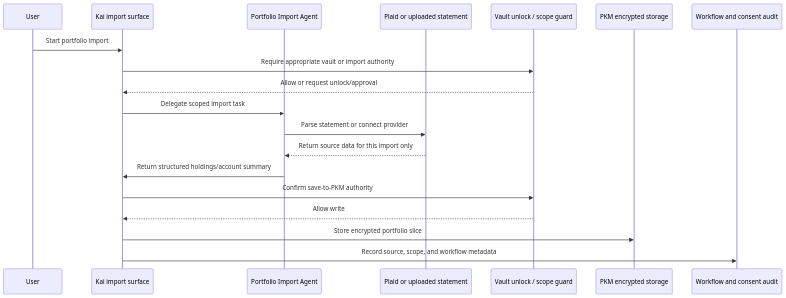
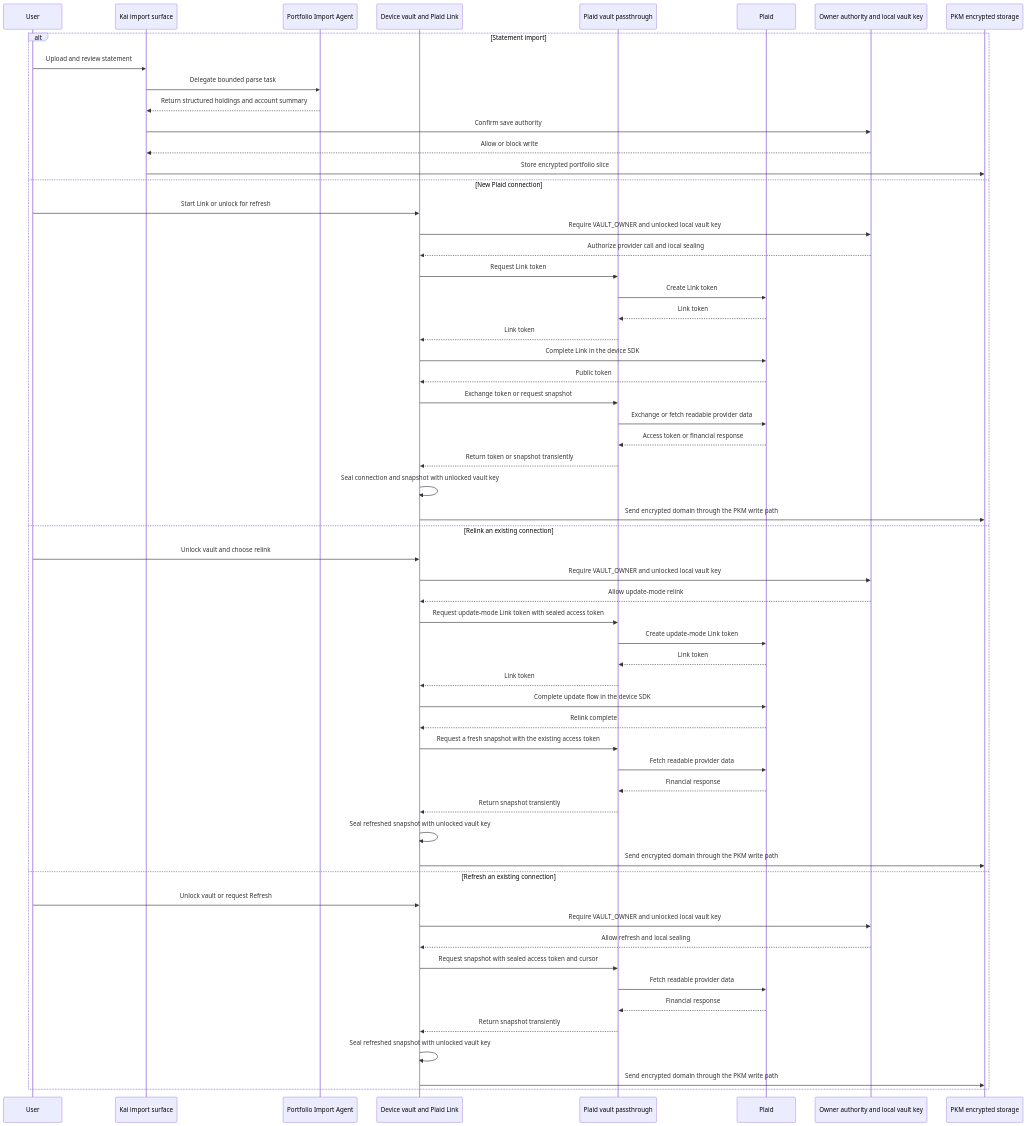
The eighth of 11 diagrams in docs/reference/architecture/architecture-view-catalog.md (hushh-labs/hushh-research), drawn with Mermaid before and after one commit. The commit also changed other lines of this file and 22 other files, not shown here.

Commit message:
docs: preserve ADK runtime and Plaid audit before integration

````diff
--- a/docs/reference/architecture/architecture-view-catalog.md
+++ b/docs/reference/architecture/architecture-view-catalog.md
@@ -366,22 +366,62 @@
 ```mermaid
 sequenceDiagram
   participant User as User
   participant Kai as Kai import surface
   participant Import as Portfolio Import Agent
-  participant Provider as Plaid or uploaded statement
-  participant Vault as Vault unlock / scope guard
+  participant Client as Device vault and Plaid Link
+  participant API as Plaid vault passthrough
+  participant Provider as Plaid
+  participant Vault as Owner authority and local vault key
   participant PKM as PKM encrypted storage
-  participant Audit as Workflow and consent audit
 
-  User->>Kai: Start portfolio import
-  Kai->>Vault: Require appropriate vault or import authority
-  Vault-->>Kai: Allow or request unlock/approval
-  Kai->>Import: Delegate scoped import task
-  Import->>Provider: Parse statement or connect provider
-  Provider-->>Import: Return source data for this import only
-  Import->>Kai: Return structured holdings/account summary
-  Kai->>Vault: Confirm save-to-PKM authority
-  Vault-->>Kai: Allow write
-  Kai->>PKM: Store encrypted portfolio slice
-  Kai->>Audit: Record source, scope, and workflow metadata
+  alt Statement import
+    User->>Kai: Upload and review statement
+    Kai->>Import: Delegate bounded parse task
+    Import-->>Kai: Return structured holdings and account summary
+    Kai->>Vault: Confirm save authority
+    Vault-->>Kai: Allow or block write
+    Kai->>PKM: Store encrypted portfolio slice
+  else New Plaid connection
+    User->>Client: Start Link or unlock for refresh
+    Client->>Vault: Require VAULT_OWNER and unlocked local vault key
+    Vault-->>Client: Authorize provider call and local sealing
+    Client->>API: Request Link token
+    API->>Provider: Create Link token
+    Provider-->>API: Link token
+    API-->>Client: Link token
+    Client->>Provider: Complete Link in the device SDK
+    Provider-->>Client: Public token
+    Client->>API: Exchange token or request snapshot
+    API->>Provider: Exchange or fetch readable provider data
+    Provider-->>API: Access token or financial response
+    API-->>Client: Return token or snapshot transiently
+    Client->>Client: Seal connection and snapshot with unlocked vault key
+    Client->>PKM: Send encrypted domain through the PKM write path
+  else Relink an existing connection
+    User->>Client: Unlock vault and choose relink
+    Client->>Vault: Require VAULT_OWNER and unlocked local vault key
+    Vault-->>Client: Allow update-mode relink
+    Client->>API: Request update-mode Link token with sealed access token
+    API->>Provider: Create update-mode Link token
+    Provider-->>API: Link token
+    API-->>Client: Link token
+    Client->>Provider: Complete update flow in the device SDK
+    Provider-->>Client: Relink complete
+    Client->>API: Request a fresh snapshot with the existing access token
+    API->>Provider: Fetch readable provider data
+    Provider-->>API: Financial response
+    API-->>Client: Return snapshot transiently
+    Client->>Client: Seal refreshed snapshot with unlocked vault key
+    Client->>PKM: Send encrypted domain through the PKM write path
+  else Refresh an existing connection
+    User->>Client: Unlock vault or request Refresh
+    Client->>Vault: Require VAULT_OWNER and unlocked local vault key
+    Vault-->>Client: Allow refresh and local sealing
+    Client->>API: Request snapshot with sealed access token and cursor
+    API->>Provider: Fetch readable provider data
+    Provider-->>API: Financial response
+    API-->>Client: Return snapshot transiently
+    Client->>Client: Seal refreshed snapshot with unlocked vault key
+    Client->>PKM: Send encrypted domain through the PKM write path
+  end
 ```
````
